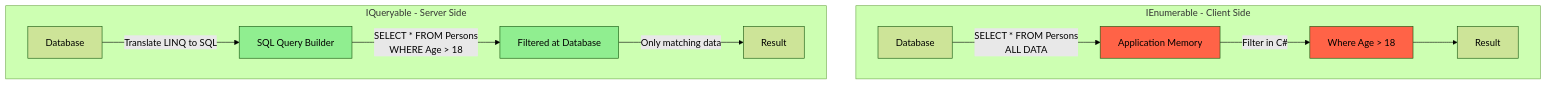
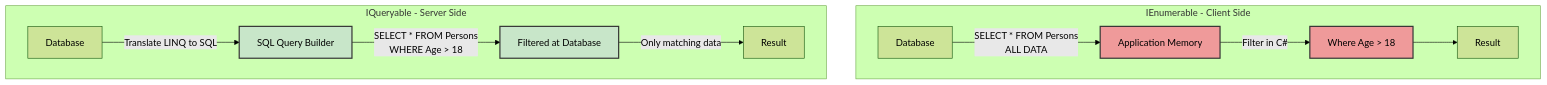
The fifth of 9 diagrams in C# fundamentals/day04-linq-patterns.md (NguyenPhamCode4You/ai-home-lab-docker-compose), drawn with Mermaid (forest theme) before and after one commit. The commit also changed other lines of this file and 10 other files, not shown here.

````diff
--- a/C# fundamentals/day04-linq-patterns.md
+++ b/C# fundamentals/day04-linq-patterns.md
@@ -302,19 +302,19 @@
 ```mermaid
 graph TB
     subgraph "IEnumerable - Client Side"
         A1[Database] -->|SELECT * FROM Persons<br/>ALL DATA| A2[Application Memory]
         A2 -->|Filter in C#| A3[Where Age > 18]
         A3 --> A4[Result]
     end
 
     subgraph "IQueryable - Server Side"
         B1[Database] -->|Translate LINQ to SQL| B2[SQL Query Builder]
         B2 -->|SELECT * FROM Persons<br/>WHERE Age > 18| B3[Filtered at Database]
         B3 -->|Only matching data| B4[Result]
     end
 
-    style A2 fill:#FF6347
-    style A3 fill:#FF6347
-    style B2 fill:#90EE90
-    style B3 fill:#90EE90
+    style A2 fill:#ef9a9a,stroke:#333,stroke-width:2px
+    style A3 fill:#ef9a9a,stroke:#333,stroke-width:2px
+    style B2 fill:#c8e6c9,stroke:#333,stroke-width:2px
+    style B3 fill:#c8e6c9,stroke:#333,stroke-width:2px
 ```
````
